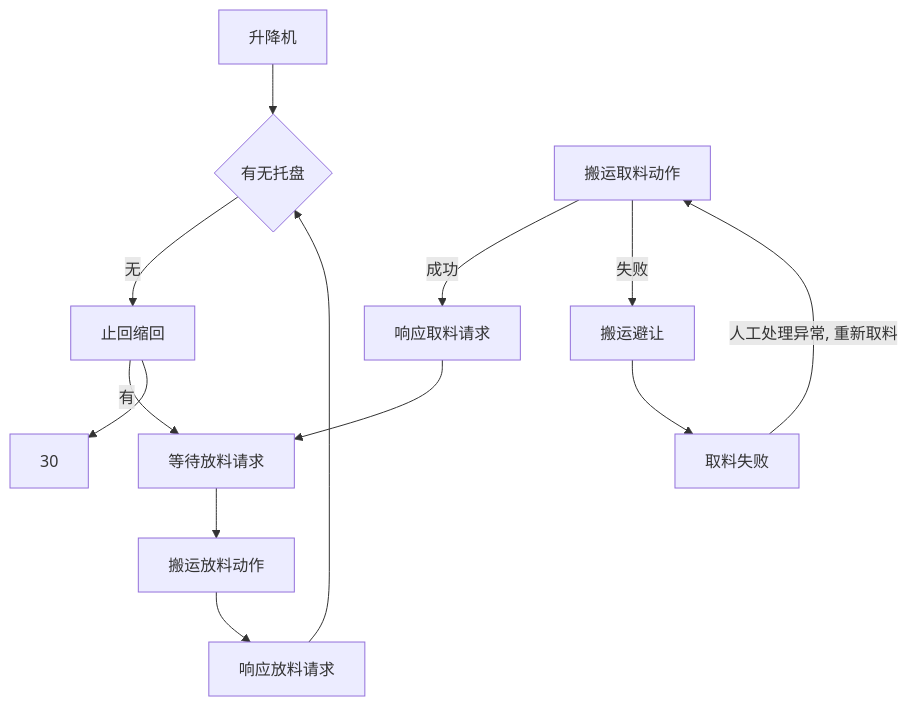
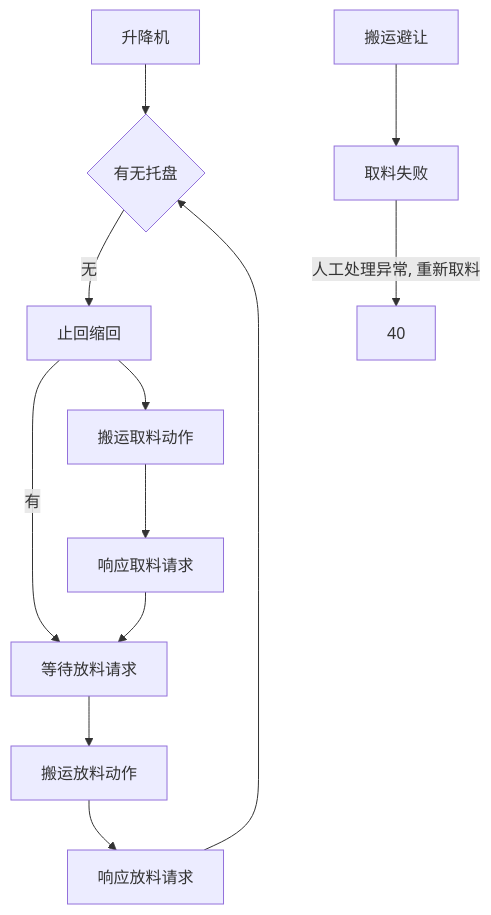
One commit to PengKun1/iodraw-files changed the diagram in all/升降台.md. Above: the diagram before and after it, drawn with Mermaid.

Commit message:
2024-12-23 10:19:05 update

````diff
--- a/all/升降台.md
+++ b/all/升降台.md
@@ -1,16 +1,15 @@
 ```mermaid
 graph TD
 0[升降机]-->10
 10{有无托盘}-->|无|20
 20-->|有|60
 20[止回缩回]-->30
-40[搬运取料动作]-->|成功|50
-40-->|失败|90
+30[搬运取料动作]-->
 50[响应取料请求]-->60
 60[等待放料请求]-->70
 70[搬运放料动作]-->80
 80[响应放料请求]-->10
 90[搬运避让]-->900
 
 900[取料失败]-->|人工处理异常, 重新取料|40
 ```
````
